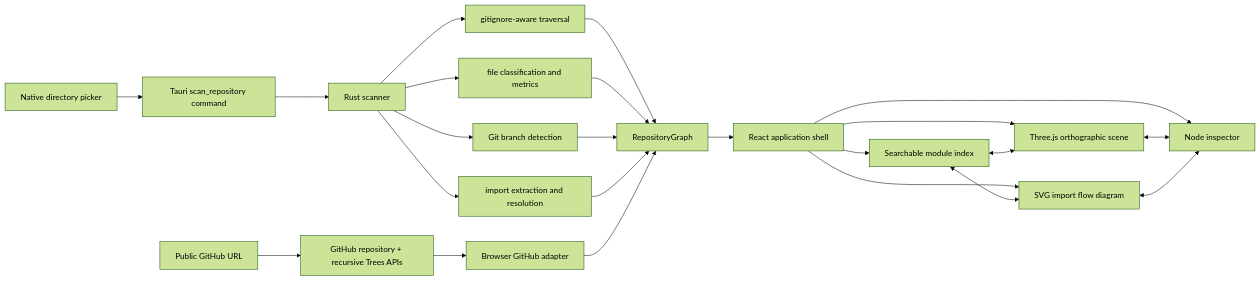
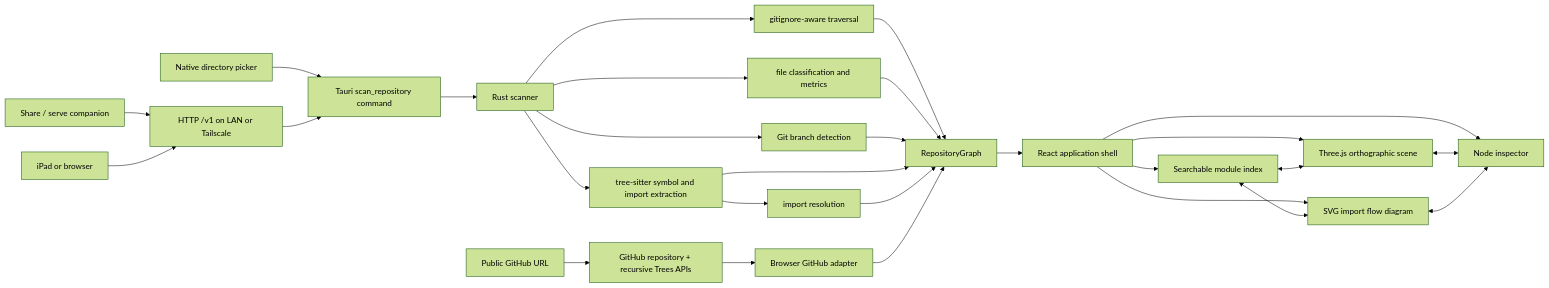
One commit to Volpestyle/codebase-atlas changed the first of 4 diagrams in README.md. Above: the diagram before and after it, drawn with Mermaid (forest theme). The commit also changed other lines of this file and 32 other files, not shown here.

````diff
--- a/README.md
+++ b/README.md
@@ -9,25 +9,30 @@
 ```mermaid
 flowchart LR
     A[Native directory picker] --> B[Tauri scan_repository command]
     L[Public GitHub URL] --> M[GitHub repository + recursive Trees APIs]
+    S[Share / serve companion] --> T[HTTP /v1 on LAN or Tailscale]
+    Ipad[iPad or browser] --> T
+    T --> B
     B --> C[Rust scanner]
     C --> D[gitignore-aware traversal]
     C --> E[file classification and metrics]
     C --> F[Git branch detection]
-    C --> O[import extraction and resolution]
+    C --> O[tree-sitter symbol and import extraction]
+    O --> R[import resolution]
     D --> G[RepositoryGraph]
     E --> G
     F --> G
     O --> G
+    R --> G
     M --> N[Browser GitHub adapter]
     N --> G
     G --> H[React application shell]
     H --> I[Searchable module index]
     H --> J[Three.js orthographic scene]
     H --> P[SVG import flow diagram]
     H --> K[Node inspector]
     I <--> J
     I <--> P
     J <--> K
     P <--> K
 ```
````
